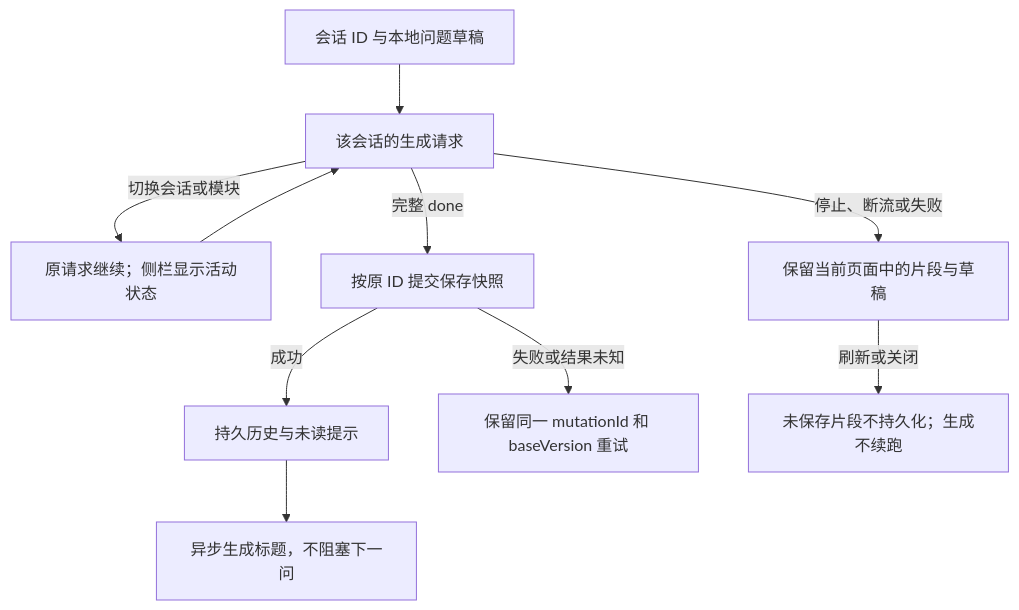
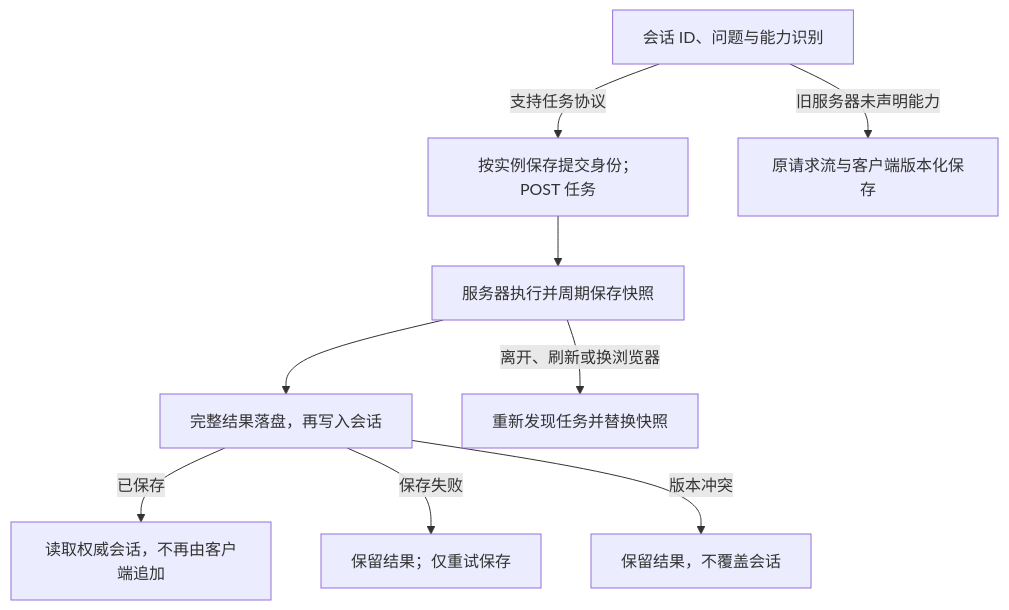
The third of 3 diagrams in docs/rag-architecture.md (Torry2022/study-log-workbench), drawn with Mermaid before and after one commit. The commit also changed other lines of this file and 71 other files, not shown here.

````diff
--- a/docs/rag-architecture.md
+++ b/docs/rag-architecture.md
@@ -218,12 +223,11 @@
 ```mermaid
 flowchart TD
-    A[会话 ID 与本地问题草稿] --> B[该会话的生成请求]
-    B -->|切换会话或模块| C[原请求继续；侧栏显示活动状态]
-    C --> B
-    B -->|完整 done| D[按原 ID 提交保存快照]
-    B -->|停止、断流或失败| E[保留当前页面中的片段与草稿]
-    D -->|成功| F[持久历史与未读提示]
-    D -->|失败或结果未知| G[保留同一 mutationId 和 baseVersion 重试]
-    F --> H[异步生成标题，不阻塞下一问]
-    E -->|刷新或关闭| I[未保存片段不持久化；生成不续跑]
+    A[会话 ID、问题与能力识别] -->|支持任务协议| B[按实例保存提交身份；POST 任务]
+    B --> C[服务器执行并周期保存快照]
+    C --> D[完整结果落盘，再写入会话]
+    C -->|离开、刷新或换浏览器| E[重新发现任务并替换快照]
+    D -->|已保存| F[读取权威会话，不再由客户端追加]
+    D -->|保存失败| G[保留结果；仅重试保存]
+    D -->|版本冲突| H[保留结果，不覆盖会话]
+    A -->|旧服务器未声明能力| I[原请求流与客户端版本化保存]
 ```
````
